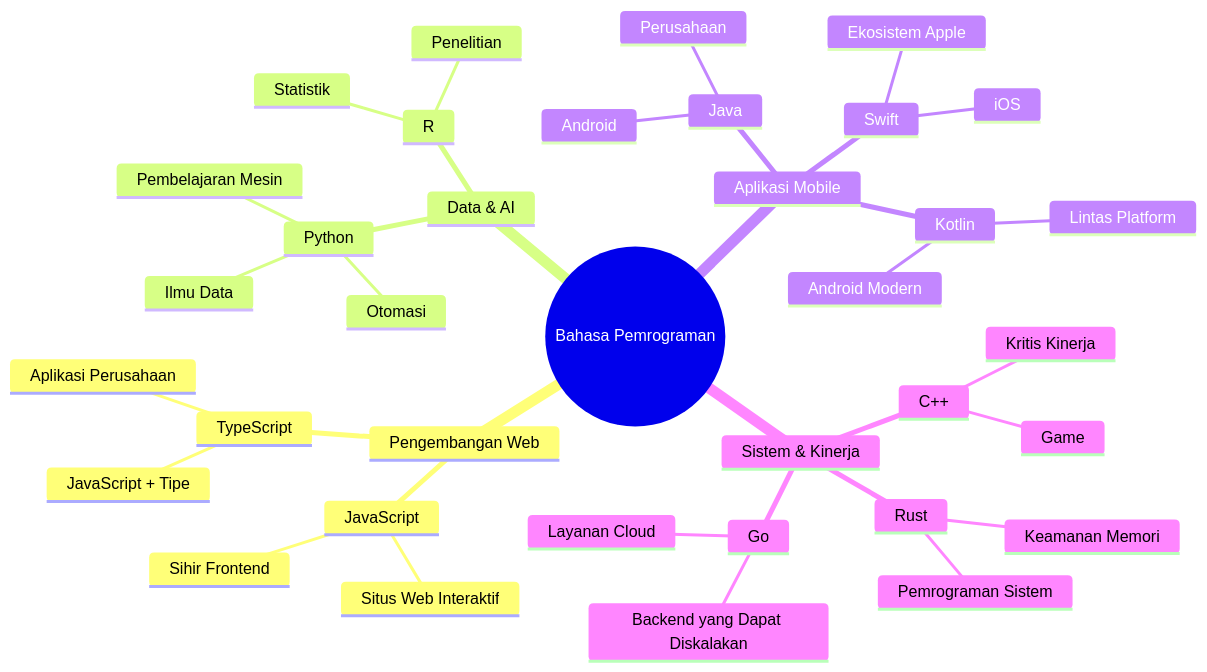
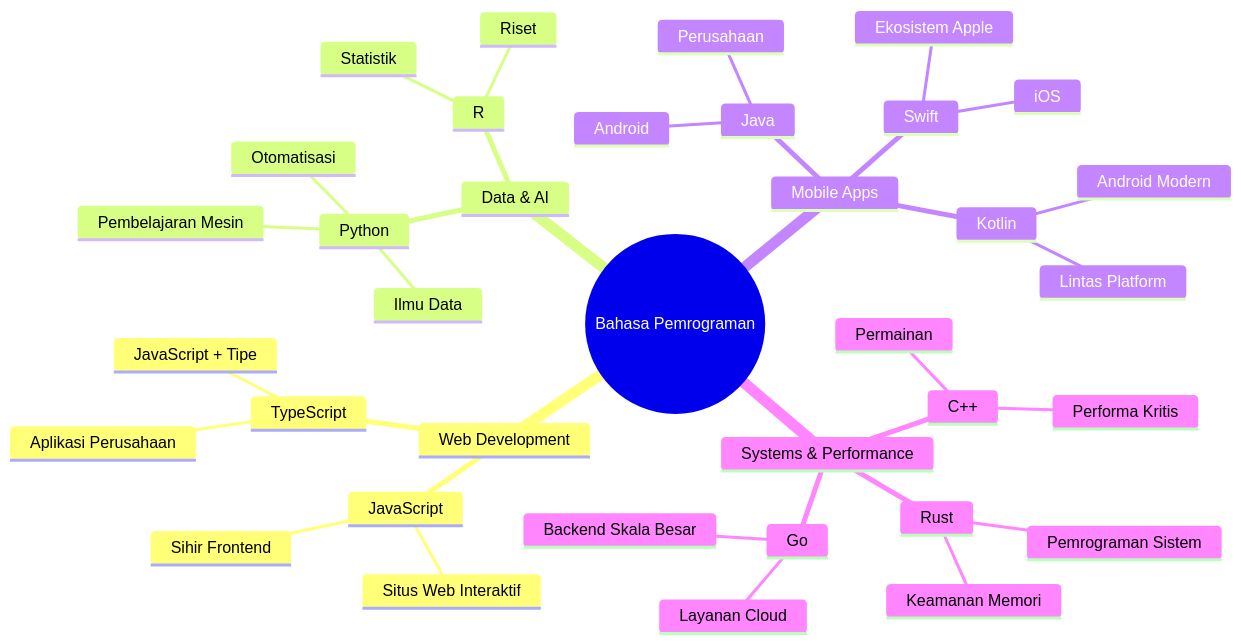
The second of 7 diagrams in translations/id/1-getting-started-lessons/1-intro-to-programming-languages/README.md (microsoft/Web-Dev-For-Beginners), drawn with Mermaid before and after one commit. The commit also changed other lines of this file and 8 other files, not shown here.

````diff
--- a/translations/id/1-getting-started-lessons/1-intro-to-programming-languages/README.md
+++ b/translations/id/1-getting-started-lessons/1-intro-to-programming-languages/README.md
@@ -84,39 +85,39 @@
 ```mermaid
 mindmap
   root((Bahasa Pemrograman))
-    Pengembangan Web
+    Web Development
       JavaScript
         Sihir Frontend
         Situs Web Interaktif
       TypeScript
         JavaScript + Tipe
         Aplikasi Perusahaan
     Data & AI
       Python
         Ilmu Data
         Pembelajaran Mesin
-        Otomasi
+        Otomatisasi
       R
         Statistik
-        Penelitian
-    Aplikasi Mobile
+        Riset
+    Mobile Apps
       Java
         Android
         Perusahaan
       Swift
         iOS
         Ekosistem Apple
       Kotlin
         Android Modern
         Lintas Platform
-    Sistem & Kinerja
+    Systems & Performance
       C++
-        Game
-        Kritis Kinerja
+        Permainan
+        Performa Kritis
       Rust
         Keamanan Memori
         Pemrograman Sistem
       Go
         Layanan Cloud
-        Backend yang Dapat Diskalakan
+        Backend Skala Besar
 ```
````
